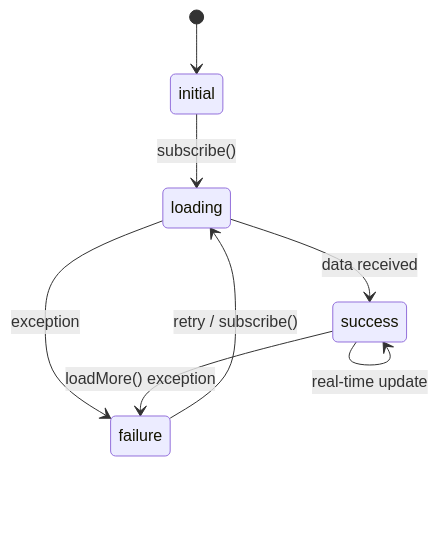
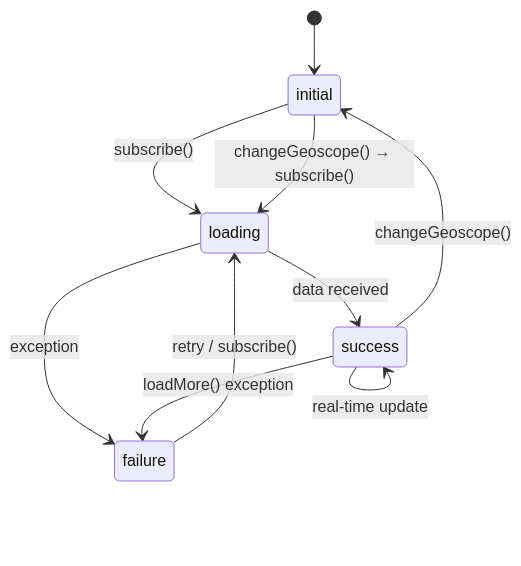
Before and after one commit to adsouza/votasq: the seventh of 10 diagrams in ARCHITECTURE.md, drawn with Mermaid. The commit also changed other lines of this file, not shown here.

````diff
--- a/ARCHITECTURE.md
+++ b/ARCHITECTURE.md
@@ -198,11 +208,13 @@
 ```mermaid
 stateDiagram-v2
     [*] --> initial
     initial --> loading : subscribe()
     loading --> success : data received
     loading --> failure : exception
     success --> success : loadMore() appends
     success --> success : real-time update
     success --> failure : loadMore() exception
+    success --> initial : changeGeoscope()
     failure --> loading : retry / subscribe()
+    initial --> loading : changeGeoscope() → subscribe()
 ```
````
